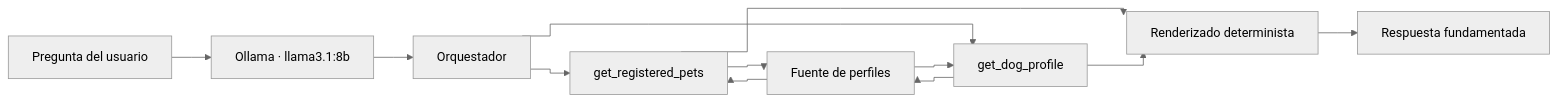
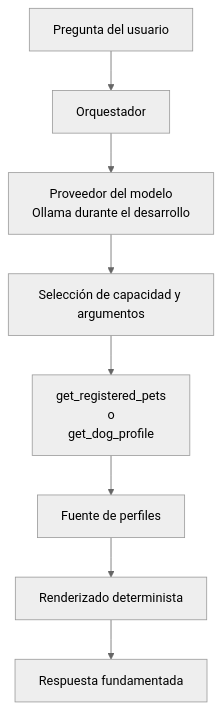
The diagram in docs/CAPACIDAD-DE-PERFIL.md (DappyDogs/dappydogs-chatbot-api), drawn with Mermaid (neutral theme) before and after one commit. The commit also changed other lines of this file and 15 other files, not shown here.

````diff
--- a/docs/CAPACIDAD-DE-PERFIL.md
+++ b/docs/CAPACIDAD-DE-PERFIL.md
@@ -9,24 +9,20 @@
 ```mermaid
 %%{init: {"flowchart": {"curve": "stepAfter"}}}%%
-flowchart LR
+flowchart TB
     USER["Pregunta del usuario"]
-    OLLAMA["Ollama · llama3.1:8b"]
     ORCH["Orquestador"]
-    DIRECTORY["get_registered_pets"]
-    PROFILE["get_dog_profile"]
+    MODEL["Proveedor del modelo<br/>Ollama durante el desarrollo"]
+    SELECT["Selección de capacidad y argumentos"]
+    TOOL["get_registered_pets<br/>o<br/>get_dog_profile"]
     SNAPSHOT["Fuente de perfiles"]
     RENDER["Renderizado determinista"]
     ANSWER["Respuesta fundamentada"]
 
-    USER --> OLLAMA
-    OLLAMA --> ORCH
-    ORCH --> DIRECTORY
-    ORCH --> PROFILE
-    DIRECTORY --> SNAPSHOT
-    PROFILE --> SNAPSHOT
-    SNAPSHOT --> DIRECTORY
-    SNAPSHOT --> PROFILE
-    DIRECTORY --> RENDER
-    PROFILE --> RENDER
+    USER --> ORCH
+    ORCH --> MODEL
+    MODEL --> SELECT
+    SELECT --> TOOL
+    TOOL --> SNAPSHOT
+    SNAPSHOT --> RENDER
     RENDER --> ANSWER
 ```
````
